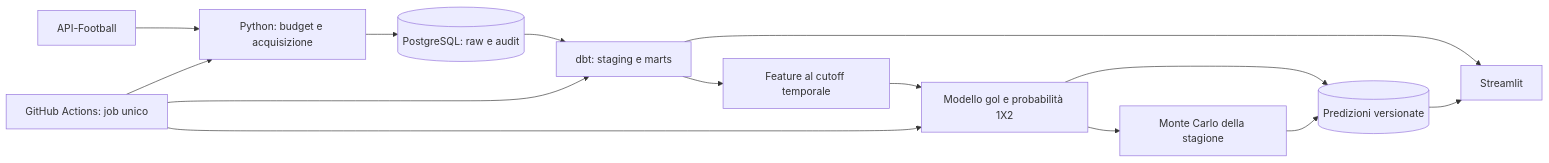
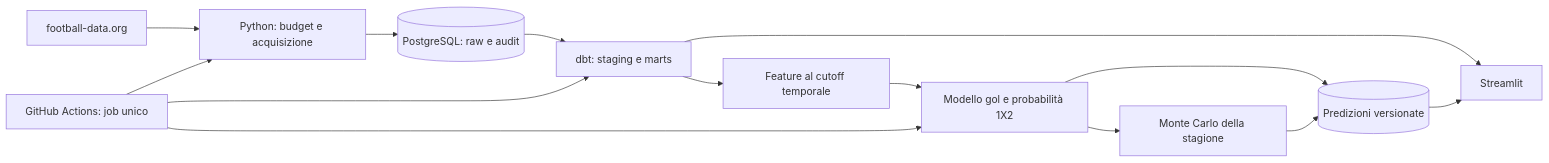
One commit to gabrynapo/football-intelligence-platform changed the diagram in docs/architecture.md. Above: the diagram before and after it, drawn with Mermaid. The commit also changed other lines of this file and 15 other files, not shown here.

Commit message:
add frontend sreamlit + change api in football-data.org

````diff
--- a/docs/architecture.md
+++ b/docs/architecture.md
@@ -16,16 +25,16 @@
 ```mermaid
 flowchart LR
-    A[API-Football] --> B[Python: budget e acquisizione]
+    A[football-data.org] --> B[Python: budget e acquisizione]
     B --> C[(PostgreSQL: raw e audit)]
     C --> D[dbt: staging e marts]
     D --> E[Feature al cutoff temporale]
     E --> F[Modello gol e probabilità 1X2]
     F --> G[Monte Carlo della stagione]
     D --> H[Streamlit]
     F --> I[(Predizioni versionate)]
     G --> I
     I --> H
     J[GitHub Actions: job unico] --> B
     J --> D
     J --> F
 ```
````
